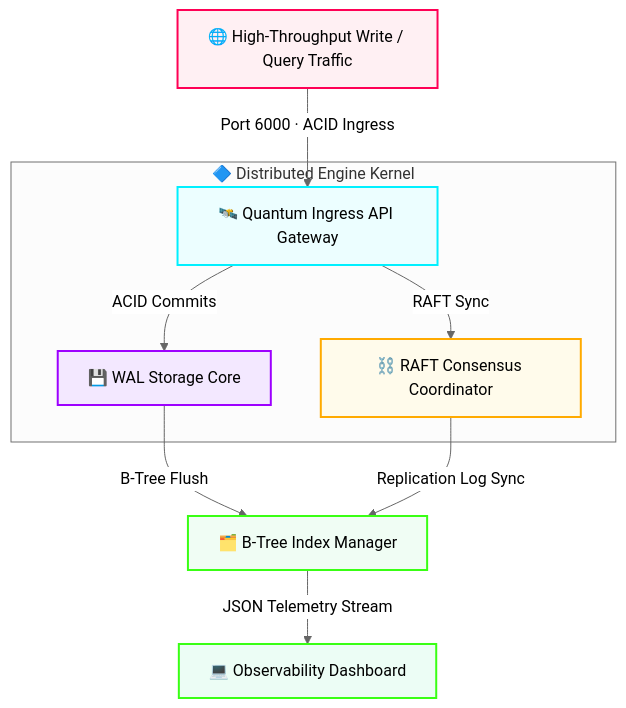
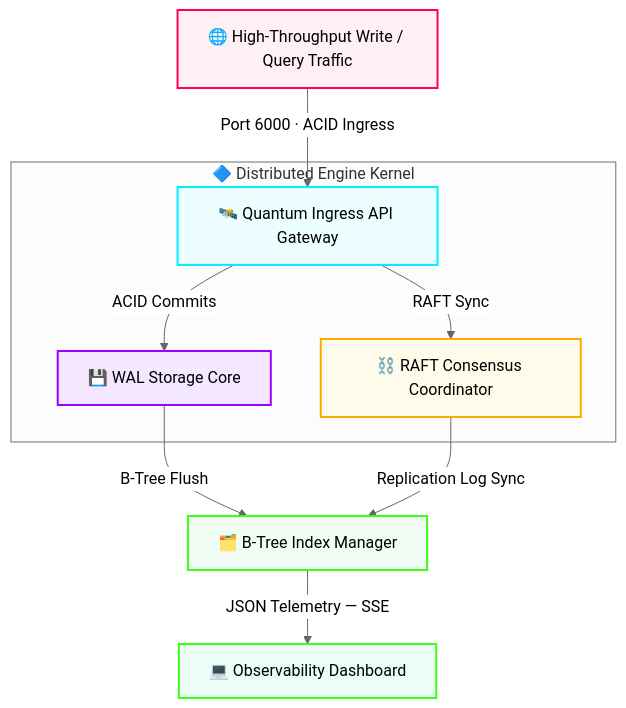
Before and after one commit to codeby-Vishwajeet/quantum-db-engine: the diagram in README.md, drawn with Mermaid (neutral theme). The commit also changed other lines of this file, not shown here.

````diff
--- a/README.md
+++ b/README.md
@@ -54,22 +106,22 @@
 ```mermaid
 graph TD
     Client[🌐 High-Throughput Write / Query Traffic]
     Client -->|Port 6000 · ACID Ingress| Gateway
 
     subgraph kernel [" 🔷  Distributed Engine Kernel "]
         Gateway[🛰️ Quantum Ingress API Gateway]
         Gateway -->|ACID Commits| Storage[💾 WAL Storage Core]
         Gateway -->|RAFT Sync| Consensus[⛓️ RAFT Consensus Coordinator]
     end
 
     Storage  -->|B-Tree Flush| Index[🗂️ B-Tree Index Manager]
     Consensus -->|Replication Log Sync| Index
-    Index    -->|JSON Telemetry Stream| Dashboard[💻 Observability Dashboard]
+    Index    -->|JSON Telemetry — SSE| Dashboard[💻 Observability Dashboard]
 
     style Client    fill:#fff0f3,stroke:#ff0055,stroke-width:2px
     style Gateway   fill:#ecfeff,stroke:#00f0ff,stroke-width:2px
     style Storage   fill:#f3e8ff,stroke:#9d00ff,stroke-width:2px
     style Consensus fill:#fffbeb,stroke:#ffaa00,stroke-width:2px
     style Index     fill:#f0fdf4,stroke:#39ff14,stroke-width:2px
     style Dashboard fill:#ecfdf5,stroke:#39ff14,stroke-width:2px
 ```
````
